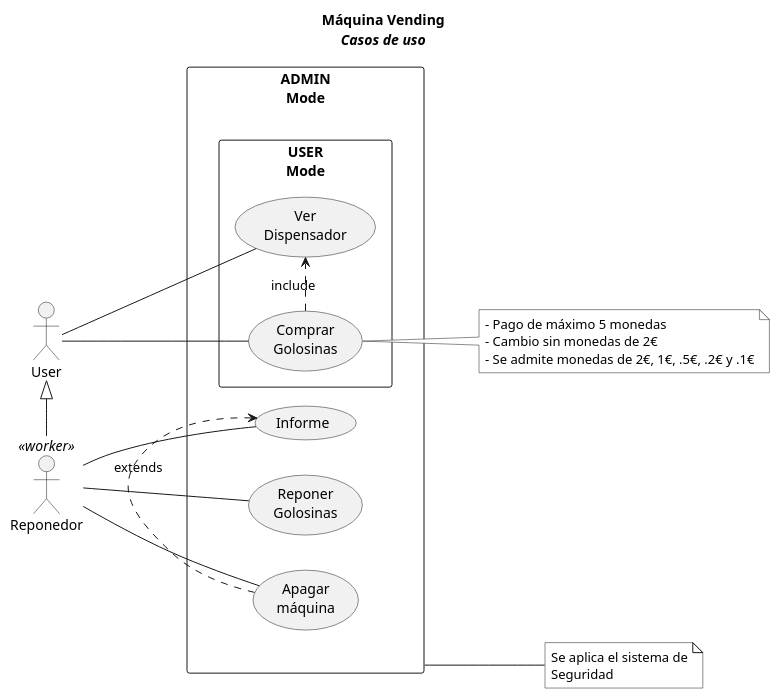
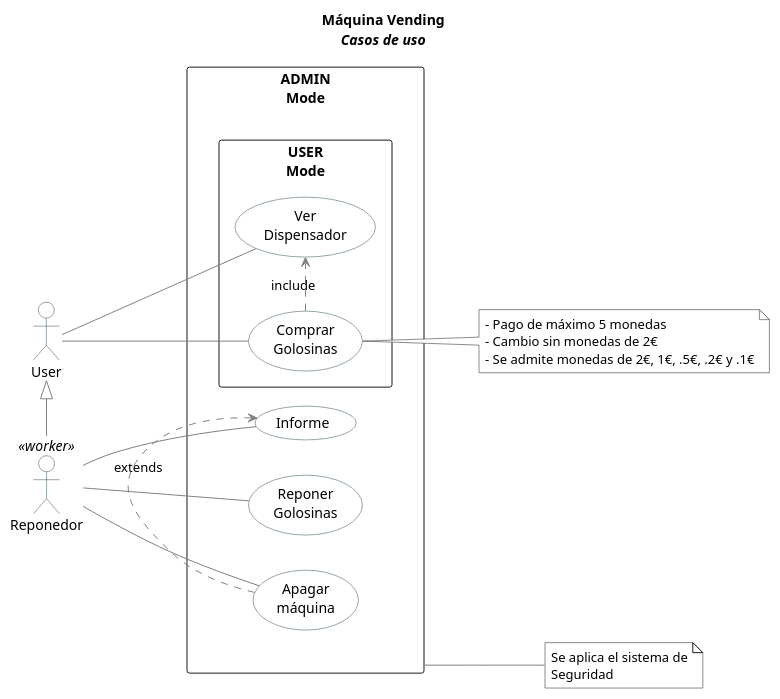
Before and after one commit to srlopez/RUP: the fourth of 5 diagrams in ejemplos/maquina_vending.md, drawn with PlantUML.

````diff
--- a/ejemplos/maquina_vending.md
+++ b/ejemplos/maquina_vending.md
@@ -165,33 +165,46 @@
 ```plantuml
 @startuml
 title == Máquina Vending ==\n<i>Casos de uso</i>
+'  skinparam handwritten true
+skinparam usecase {
+  BackgroundColor White
+  BorderColor DarkSlateGray
+  ArrowColor Grey
+}
+skinparam actor {
+  BackgroundColor White
+  BorderColor DarkSlateGray
+  ArrowColor Grey
+}
+
+
 left to right direction
 :User: as cli
 :Reponedor: as repo <<worker>>
 rectangle ADMIN\nMode as admin {
   (Reponer\nGolosinas) as reponer
   (Informe) as infor
   (Apagar\nmáquina) as off
   rectangle USER\nMode {
     (Ver\nDispensador) as ver
     (Comprar\nGolosinas) as vender
   }
 }
 note "- Pago de máximo 5 monedas\n- Cambio sin monedas de 2€\n- Se admite monedas de 2€, 1€, .5€, .2€ y .1€"  as N1  #white
 note "Se aplica el sistema de\nSeguridad"  as N2  #white
 
 repo -l-|> cli
 cli -- vender
 cli -- ver
 repo -- reponer
 repo -- off
 repo -- infor
 
 admin -- N2
 vender -- N1
 
 
 vender .r.> ver: include
 off .r.> infor: extends
 @enduml
 ```
````
